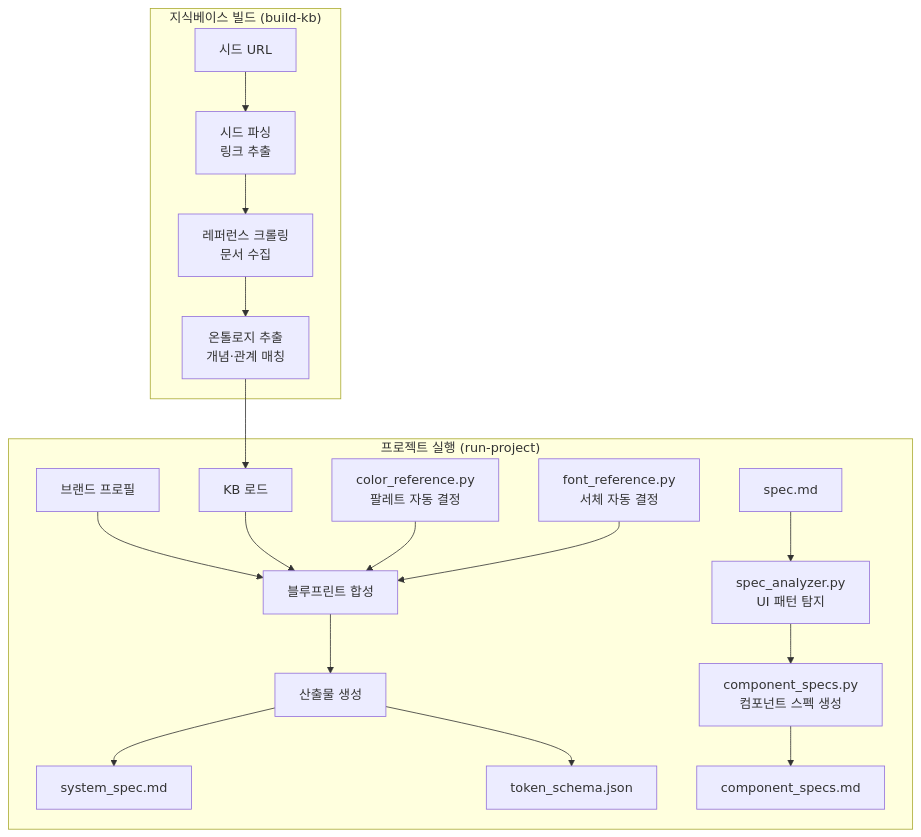
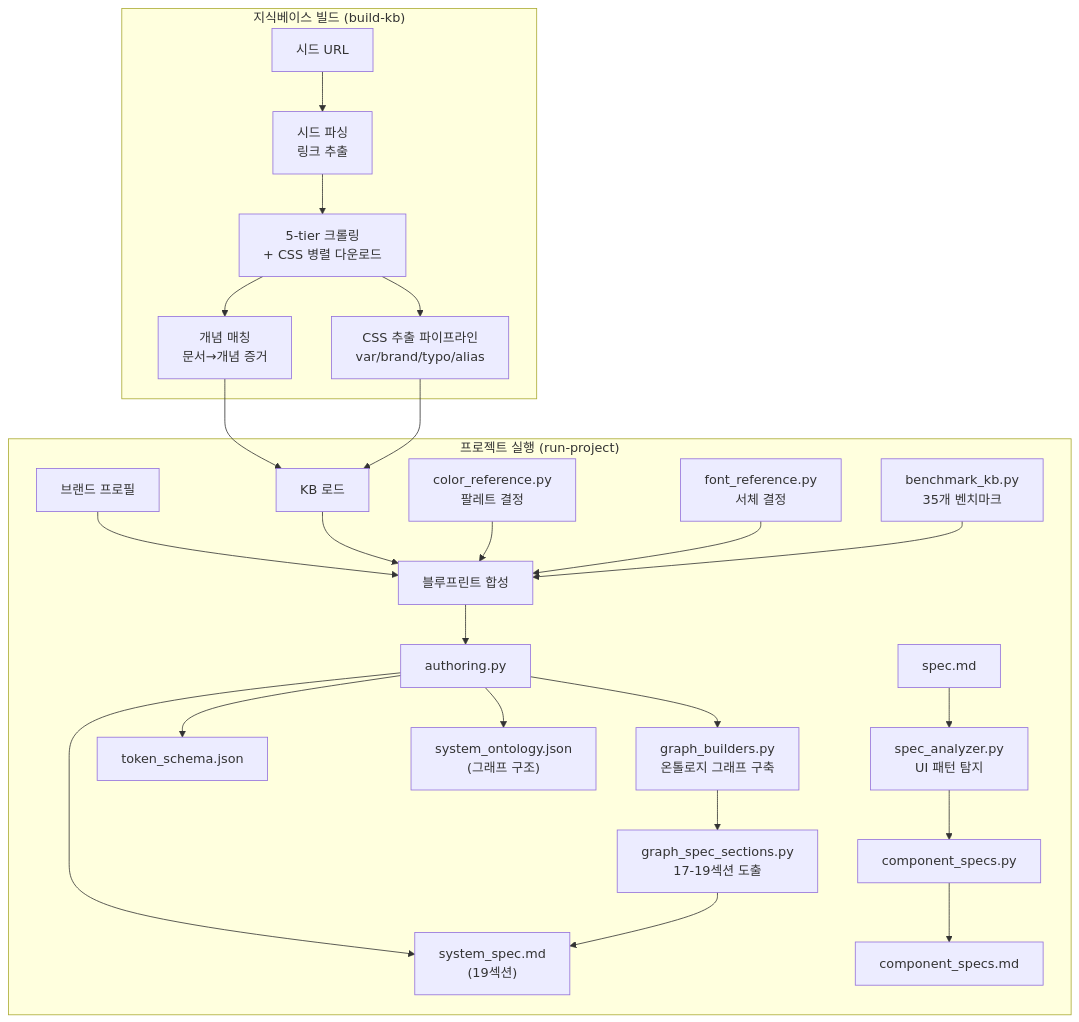
Before and after one commit to 2000silpeed/design-ontology-harness: the second of 3 diagrams in README.md, drawn with Mermaid. The commit also changed other lines of this file and 5 other files, not shown here.

First line of the commit message:
Add ontology graph with 20 node types and 24 edge types (Phase 5)

````diff
--- a/README.md
+++ b/README.md
@@ -329,23 +387,33 @@
 ```mermaid
 flowchart TB
     subgraph KB["지식베이스 빌드 (build-kb)"]
         S1["시드 URL"] --> SEED["시드 파싱\n링크 추출"]
-        SEED --> CRAWL["레퍼런스 크롤링\n문서 수집"]
-        CRAWL --> ONT["온톨로지 추출\n개념·관계 매칭"]
+        SEED --> CRAWL["5-tier 크롤링\n+ CSS 병렬 다운로드"]
+        CRAWL --> CSS_EX["CSS 추출 파이프라인\nvar/brand/typo/alias"]
+        CRAWL --> ONT["개념 매칭\n문서→개념 증거"]
     end
 
     subgraph PROJECT["프로젝트 실행 (run-project)"]
         BP["브랜드 프로필"] --> SYNTH["블루프린트 합성"]
         KB_LOAD["KB 로드"] --> SYNTH
-        COLOR["color_reference.py\n팔레트 자동 결정"] --> SYNTH
-        FONT["font_reference.py\n서체 자동 결정"] --> SYNTH
-        SYNTH --> AUTH["산출물 생성"]
+        COLOR["color_reference.py\n팔레트 결정"] --> SYNTH
+        FONT["font_reference.py\n서체 결정"] --> SYNTH
+        BENCH["benchmark_kb.py\n35개 벤치마크"] --> SYNTH
+
+        SYNTH --> AUTH["authoring.py"]
+        AUTH --> GRAPH["graph_builders.py\n온톨로지 그래프 구축"]
+        GRAPH --> GRAPH_SEC["graph_spec_sections.py\n17-19섹션 도출"]
+
+        AUTH --> SYS["system_spec.md\n(19섹션)"]
+        AUTH --> TOK["token_schema.json"]
+        AUTH --> ONT_OUT["system_ontology.json\n(그래프 구조)"]
+        GRAPH_SEC --> SYS
+
         SPEC_FILE["spec.md"] --> SPEC_AN["spec_analyzer.py\nUI 패턴 탐지"]
-        SPEC_AN --> COMP_GEN["component_specs.py\n컴포넌트 스펙 생성"]
-        AUTH --> SYS["system_spec.md"]
-        AUTH --> TOK["token_schema.json"]
+        SPEC_AN --> COMP_GEN["component_specs.py"]
         COMP_GEN --> COMP["component_specs.md"]
     end
 
     ONT --> KB_LOAD
+    CSS_EX --> KB_LOAD
 ```
````
